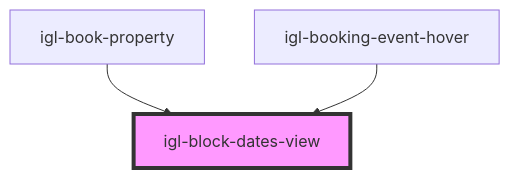
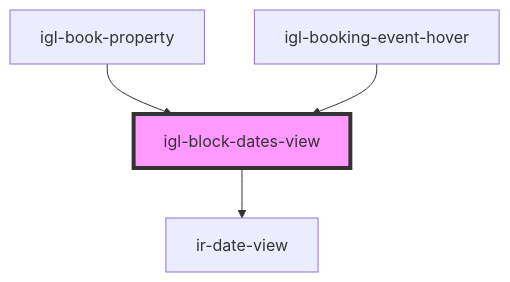
Before and after one commit to David1Chowaifaty/modified-ir-webcmp: the diagram in src/components/igloo-calendar/igl-block-dates-view/readme.md, drawn with Mermaid. The commit also changed other lines of this file and 47 other files, not shown here.

````diff
--- a/src/components/igloo-calendar/igl-block-dates-view/readme.md
+++ b/src/components/igloo-calendar/igl-block-dates-view/readme.md
@@ -36,6 +40,7 @@
 ```mermaid
 graph TD;
+  igl-block-dates-view --> ir-date-view
   igl-book-property --> igl-block-dates-view
   igl-booking-event-hover --> igl-block-dates-view
   style igl-block-dates-view fill:#f9f,stroke:#333,stroke-width:4px
 ```
````
